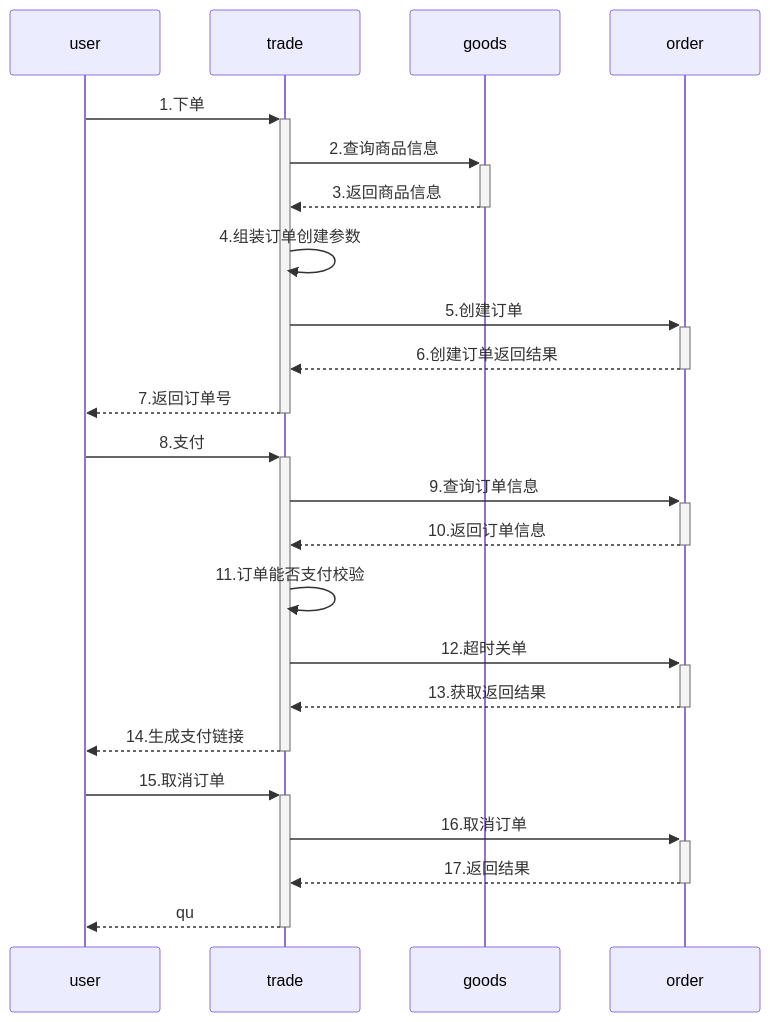
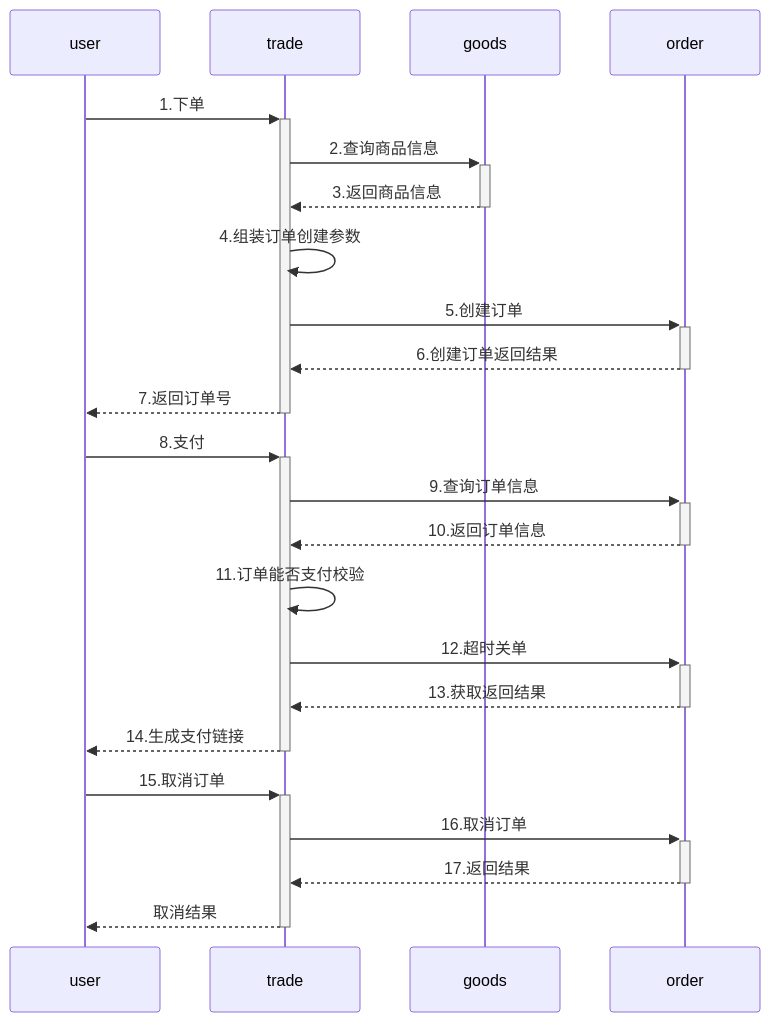
Before and after one commit to yingjianzh/iodraw-files: the diagram in all/未命名-6.md, drawn with Mermaid.

Commit message:
2024-08-19 15:51:45 update

````diff
--- a/all/未命名-6.md
+++ b/all/未命名-6.md
@@ -1,21 +1,22 @@
 ```mermaid
 sequenceDiagram
     user->>+trade: 1.下单
     trade->>+goods: 2.查询商品信息
     goods-->>-trade: 3.返回商品信息
     trade->>trade: 4.组装订单创建参数
     trade->>+order: 5.创建订单
     order-->>-trade: 6.创建订单返回结果
     trade-->>-user: 7.返回订单号
     user->>+trade: 8.支付
     trade->>+order: 9.查询订单信息
     order-->>-trade: 10.返回订单信息
     trade->>trade: 11.订单能否支付校验
+    
     trade->>+order: 12.超时关单
     order-->>-trade: 13.获取返回结果
     trade-->>-user: 14.生成支付链接
     user->>+trade: 15.取消订单
     trade->>+order: 16.取消订单
     order-->>-trade: 17.返回结果
-    trade-->>-user: qu
+    trade-->>-user: 取消结果
 ```
````
